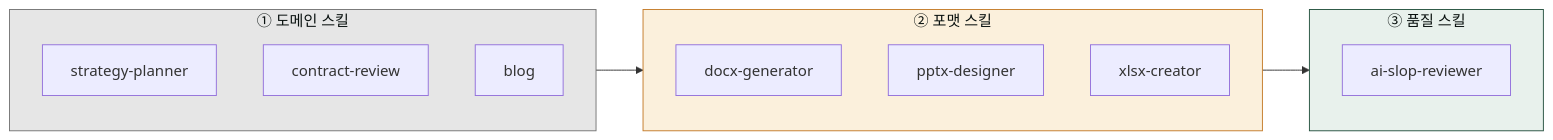
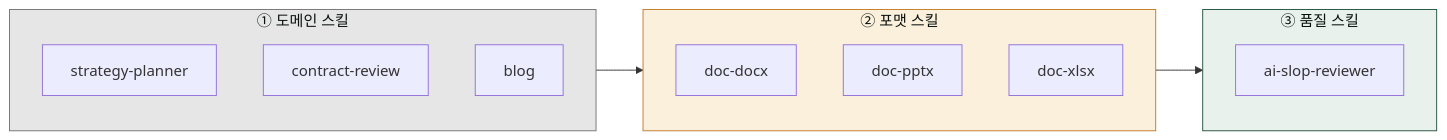
One commit to modu-ai/cowork-plugins changed the first of 2 diagrams in www/content/cookbook/skill-chaining.md. Above: the diagram before and after it, drawn with Mermaid. The commit also changed other lines of this file and 45 other files, not shown here.

First line of the commit message:
docs(www): 스킬명 정합 + 깨진 링크 수정 + mermaid 보강

````diff
--- a/www/content/cookbook/skill-chaining.md
+++ b/www/content/cookbook/skill-chaining.md
@@ -38,24 +38,24 @@
 ```mermaid
 flowchart LR
    subgraph Domain["① 도메인 스킬"]
        D1["strategy-planner"]
        D2["contract-review"]
        D3["blog"]
    end
 
    subgraph Format["② 포맷 스킬"]
-       F1["docx-generator"]
-       F2["pptx-designer"]
-       F3["xlsx-creator"]
+       F1["doc-docx"]
+       F2["doc-pptx"]
+       F3["doc-xlsx"]
    end
 
    subgraph Quality["③ 품질 스킬"]
        Q1["ai-slop-reviewer"]
    end
 
    Domain --> Format --> Quality
 
    style Domain fill:#e6e6e6,stroke:#757575,color:#09110f
    style Format fill:#fbf0dc,stroke:#c47b2a,color:#09110f
    style Quality fill:#e8f1ec,stroke:#265240,color:#09110f
 ```
````
